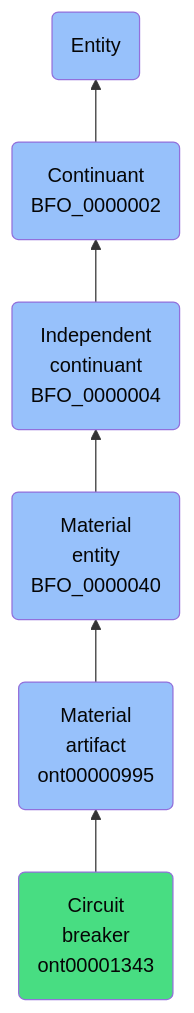
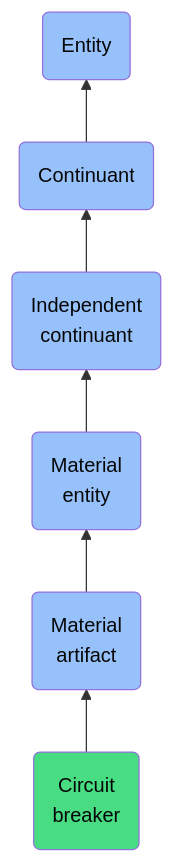
Before and after one commit to jupyter-naas/abi: the diagram in docs/ontology/reference/model/Entity/Continuant/Independent continuant/Material entity/Material artifact/Circuit breaker/Circuit breaker.md, drawn with Mermaid. The commit also changed other lines of this file and 1430 other files, not shown here.

````diff
--- a/docs/ontology/reference/model/Entity/Continuant/Independent continuant/Material entity/Material artifact/Circuit breaker/Circuit breaker.md
+++ b/docs/ontology/reference/model/Entity/Continuant/Independent continuant/Material entity/Material artifact/Circuit breaker/Circuit breaker.md
@@ -24,13 +24,13 @@
 ```mermaid
 graph BT
-    ont00001343(Circuit<br>breaker<br>ont00001343):::ABI-->ont00000995
-    ont00000995(Material<br>artifact<br>ont00000995):::BFO-->BFO_0000040
-    BFO_0000040(Material<br>entity<br>BFO_0000040):::BFO-->BFO_0000004
-    BFO_0000004(Independent<br>continuant<br>BFO_0000004):::BFO-->BFO_0000002
-    BFO_0000002(Continuant<br>BFO_0000002):::BFO-->BFO_0000001
+    ont00001343(Circuit<br>breaker):::ABI-->ont00000995
+    ont00000995(Material<br>artifact):::BFO-->BFO_0000040
+    BFO_0000040(Material<br>entity):::BFO-->BFO_0000004
+    BFO_0000004(Independent<br>continuant):::BFO-->BFO_0000002
+    BFO_0000002(Continuant):::BFO-->BFO_0000001
     BFO_0000001(Entity):::BFO
     
     classDef BFO fill:#97c1fb,color:#060606
     classDef CCO fill:#e4c51e,color:#060606
     classDef ABI fill:#48DD82,color:#060606
 ```
````
